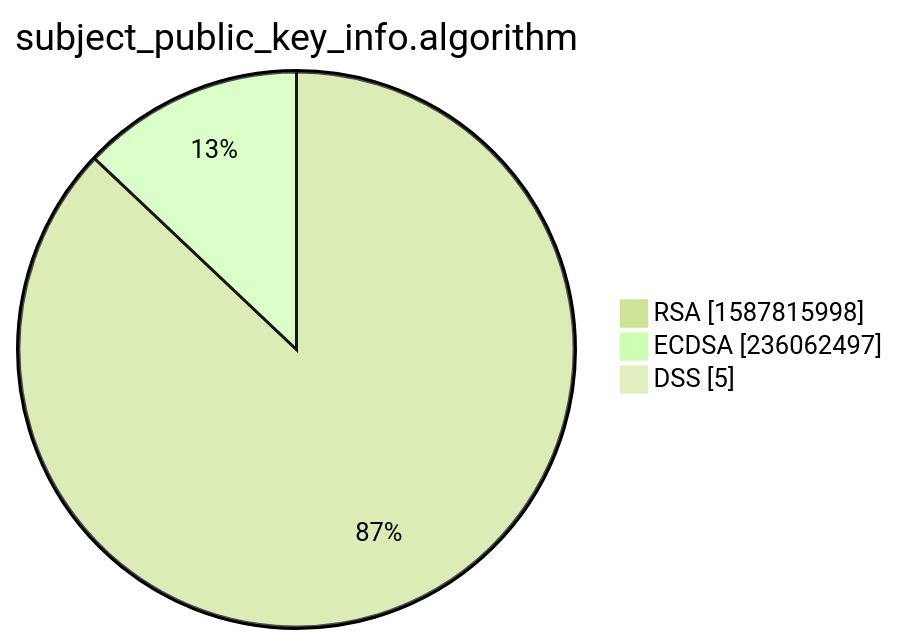
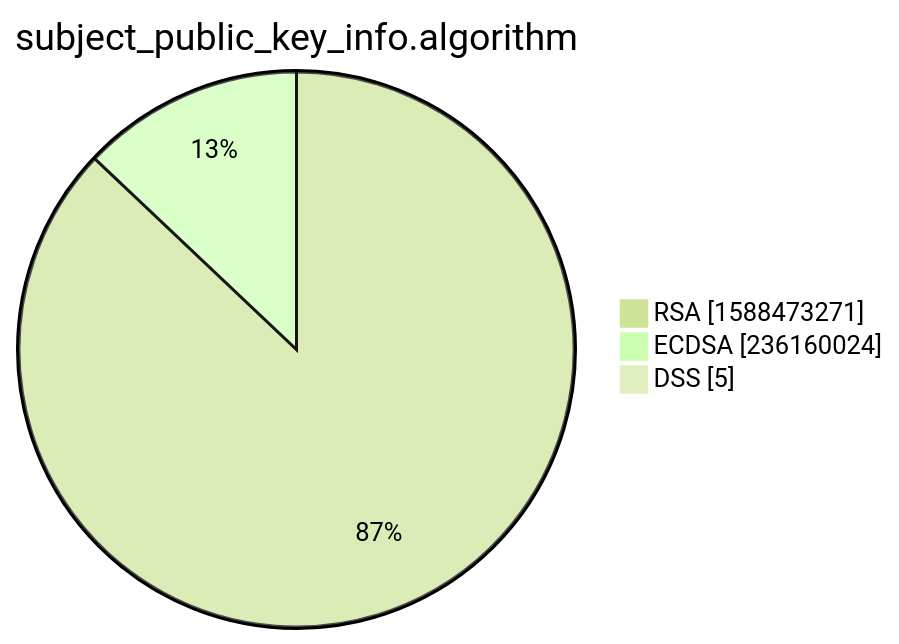
Before and after one commit to christiankrug/ctmonitor_visualization: the third of 15 diagrams in xenon2022/README.md, drawn with Mermaid (forest theme). The commit also changed other lines of this file, not shown here.

````diff
--- a/xenon2022/README.md
+++ b/xenon2022/README.md
@@ -14,7 +14,7 @@
 ```mermaid
 pie showData
 title subject_public_key_info.algorithm
-"RSA" :1587815998
-"ECDSA" :236062497
+"RSA" :1588473271
+"ECDSA" :236160024
 "DSS" :5
 ```
````
